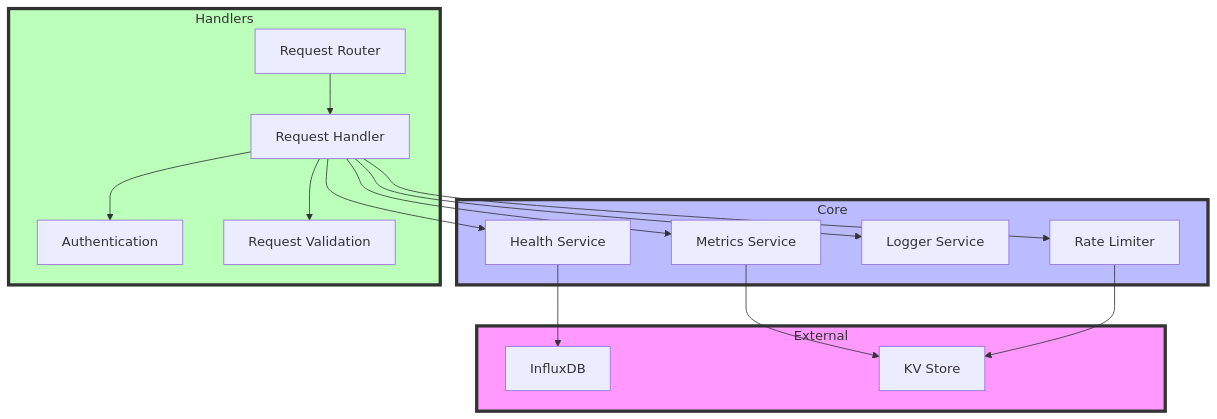
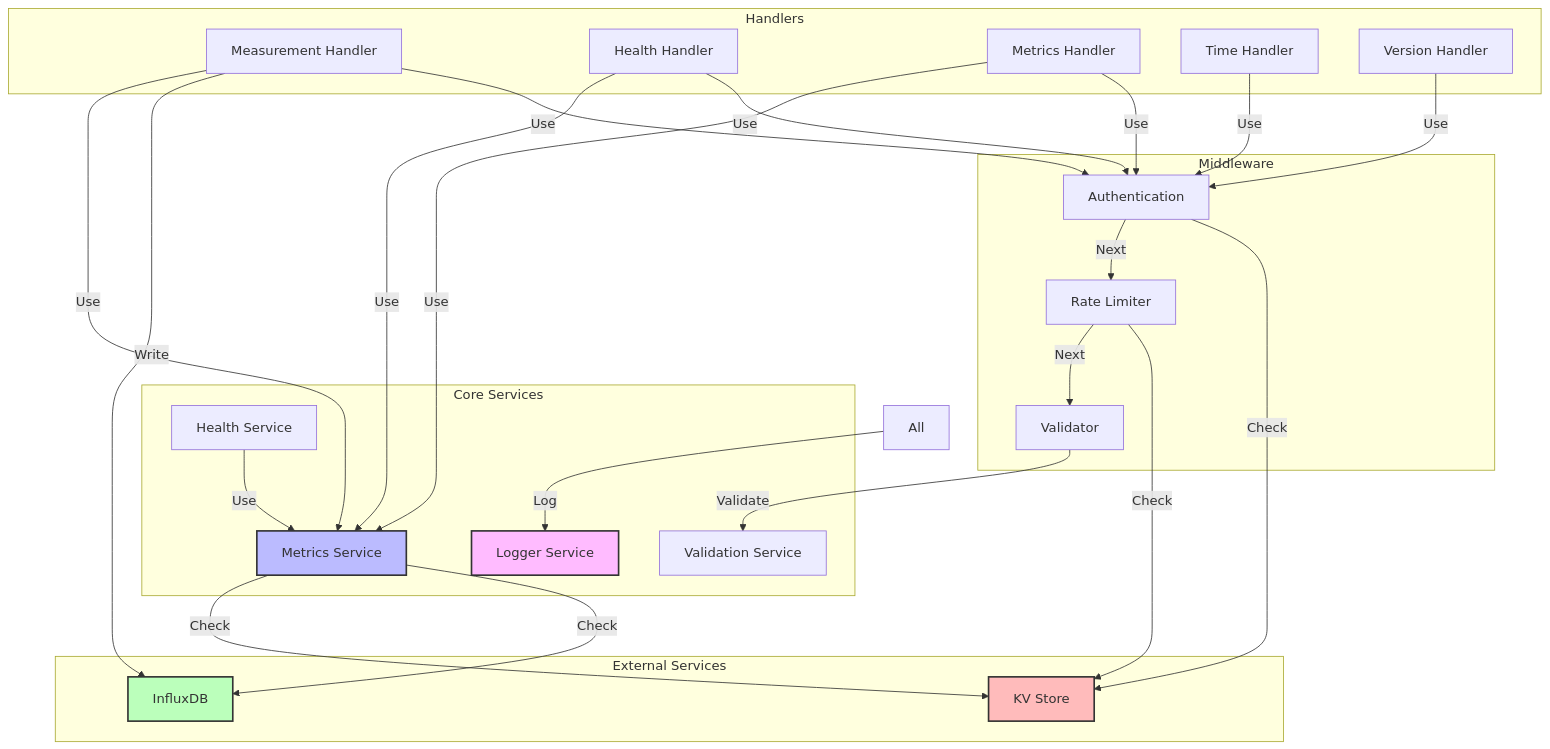
Before and after one commit to veilands/cf-learn: the fifth of 6 diagrams in docs/architecture.md, drawn with Mermaid. The commit also changed other lines of this file and 2 other files, not shown here.

````diff
--- a/docs/architecture.md
+++ b/docs/architecture.md
@@ -110,37 +115,48 @@
 ```mermaid
 graph TD
-    subgraph External
+    subgraph External Services
         IDB[InfluxDB]
         KV[KV Store]
     end
+
+    subgraph Core Services
+        MS[Metrics Service]
+        HS[Health Service]
+        LS[Logger Service]
+        VS[Validation Service]
+    end
+
+    subgraph Middleware
+        Auth[Authentication]
+        RL[Rate Limiter]
+        Val[Validator]
+    end
+
+    subgraph Handlers
+        MH[Measurement Handler]
+        HH[Health Handler]
+        MetH[Metrics Handler]
+        TH[Time Handler]
+        VH[Version Handler]
+    end
+
+    MH & MetH & HH & TH & VH -->|Use| Auth
+    Auth -->|Check| KV
+    Auth -->|Next| RL
+    RL -->|Check| KV
+    RL -->|Next| Val
+    Val -->|Validate| VS
     
-    subgraph Core
-        HS[Health Service]
-        MS[Metrics Service]
-        LS[Logger Service]
-        RL[Rate Limiter]
-    end
+    MH -->|Write| IDB
+    MH & MetH & HH -->|Use| MS
+    MS -->|Check| IDB
+    MS -->|Check| KV
+    HS -->|Use| MS
     
-    subgraph Handlers
-        RT[Request Router]
-        AU[Authentication]
-        VA[Request Validation]
-        RH[Request Handler]
-    end
-    
-    RT --> RH
-    RH --> AU
-    RH --> VA
-    RH --> RL
-    RH --> HS
-    RH --> MS
-    RH --> LS
-    
-    HS --> IDB
-    MS --> KV
-    RL --> KV
-    
-    style External fill:#f9f,stroke:#333,stroke-width:4px
-    style Core fill:#bbf,stroke:#333,stroke-width:4px
-    style Handlers fill:#bfb,stroke:#333,stroke-width:4px
+    All -->|Log| LS
+
+    style IDB fill:#bfb,stroke:#333,stroke-width:2px
+    style KV fill:#fbb,stroke:#333,stroke-width:2px
+    style MS fill:#bbf,stroke:#333,stroke-width:2px
+    style LS fill:#fbf,stroke:#333,stroke-width:2px
 ```
````
